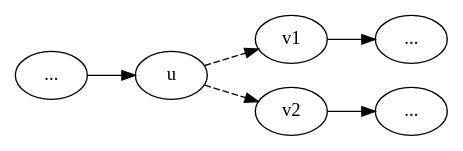
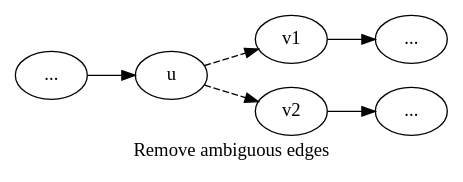
Before and after one commit to sjackman/abyss-scaffold-paper: the diagram in ambiguousedge.dot, drawn with Graphviz. The commit also changed 7 other files, not shown here.

Commit message:
Create a montage of the graph patterns

```diff
--- a/ambiguousedge.dot
+++ b/ambiguousedge.dot
@@ -1,11 +1,12 @@
 digraph "ambiguousedge" {
+label = "Remove ambiguous edges"
 graph [rankdir="LR"]
 t [label="..."]
 w1 [label="..."]
 w2 [label="..."]
 t -> u
 u -> v1 [style="dashed"]
 v1 -> w1
 u -> v2 [style="dashed"]
 v2 -> w2
 }
```
